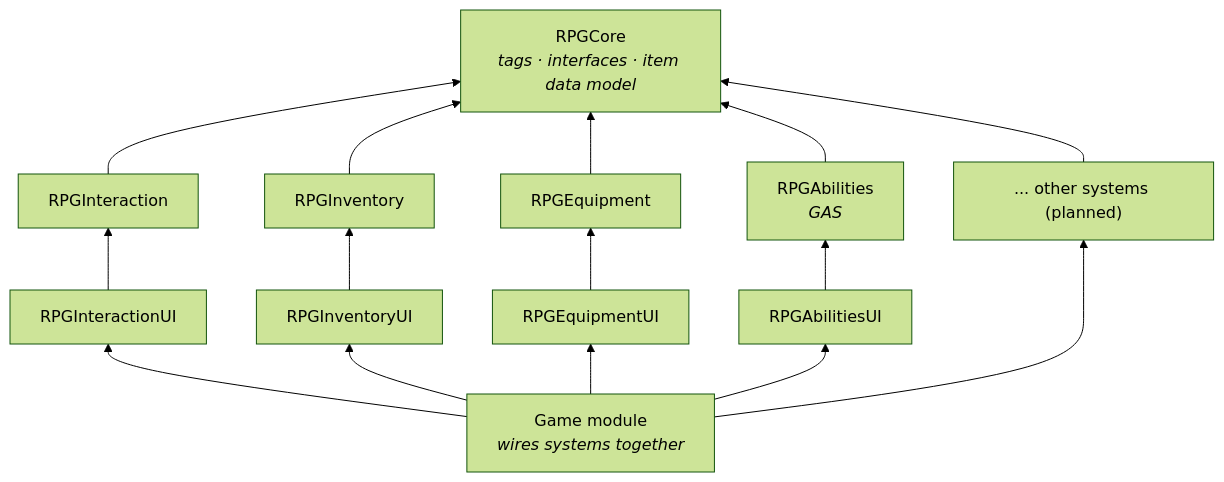
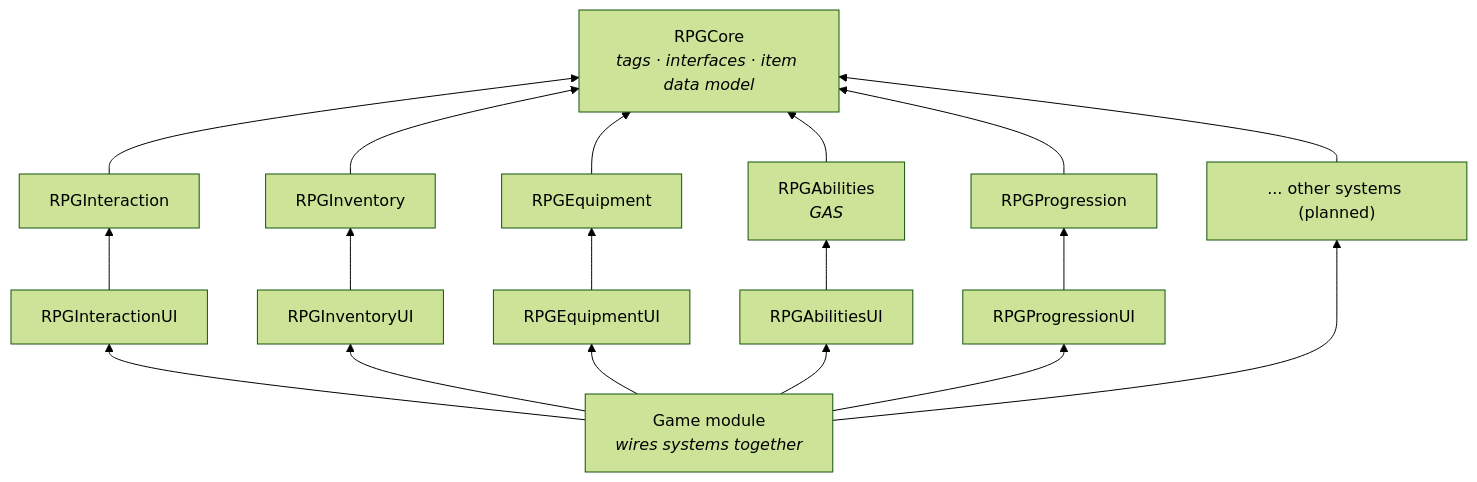
The first of 2 diagrams in README.md (eren-pekdemir/RPGTemplate), drawn with Mermaid (forest theme) before and after one commit. The commit also changed other lines of this file and 4 other files, not shown here.

````diff
--- a/README.md
+++ b/README.md
@@ -34,29 +34,34 @@
 ```mermaid
 graph BT
     Core["RPGCore<br/><i>tags · interfaces · item data model</i>"]
     Interaction["RPGInteraction"]
     InteractionUI["RPGInteractionUI"]
     Inventory["RPGInventory"]
     InventoryUI["RPGInventoryUI"]
     Equipment["RPGEquipment"]
     EquipmentUI["RPGEquipmentUI"]
     Abilities["RPGAbilities<br/><i>GAS</i>"]
     AbilitiesUI["RPGAbilitiesUI"]
+    Progression["RPGProgression"]
+    ProgressionUI["RPGProgressionUI"]
     Other["... other systems (planned)"]
     Game["Game module<br/><i>wires systems together</i>"]
 
     Interaction --> Core
     InteractionUI --> Interaction
     Inventory --> Core
     InventoryUI --> Inventory
     Equipment --> Core
     EquipmentUI --> Equipment
     Abilities --> Core
     AbilitiesUI --> Abilities
+    Progression --> Core
+    ProgressionUI --> Progression
     Other --> Core
     Game --> InteractionUI
     Game --> InventoryUI
     Game --> EquipmentUI
     Game --> AbilitiesUI
+    Game --> ProgressionUI
     Game --> Other
 ```
````
